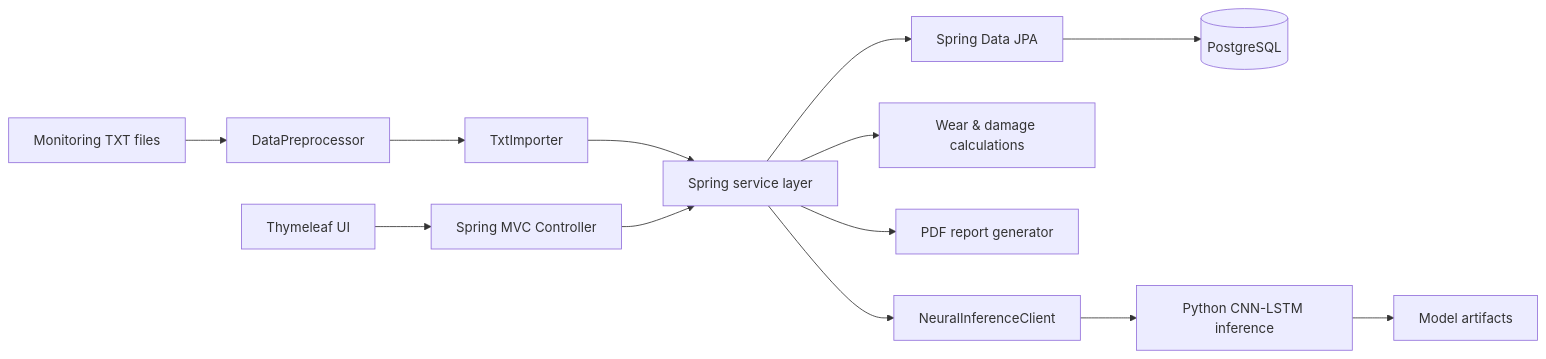
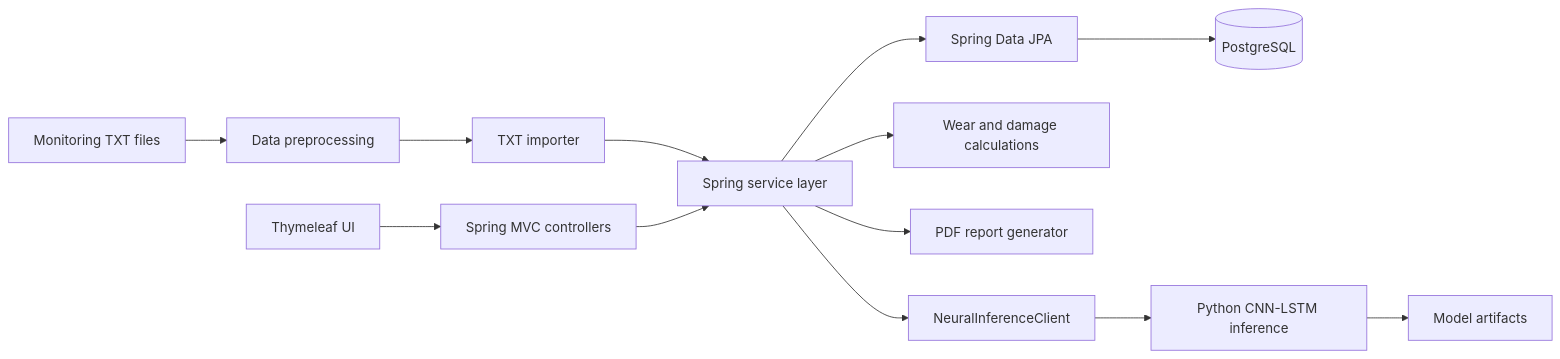
The diagram in README.md (aliipri/crane-monitoring-system), drawn with Mermaid before and after one commit. The commit also changed other lines of this file, not shown here.

````diff
--- a/README.md
+++ b/README.md
@@ -32,17 +81,17 @@
 ```mermaid
 flowchart LR
-    TXT[Monitoring TXT files] --> PRE[DataPreprocessor]
-    PRE --> IMP[TxtImporter]
+    TXT[Monitoring TXT files] --> PRE[Data preprocessing]
+    PRE --> IMP[TXT importer]
     IMP --> SVC[Spring service layer]
     SVC --> JPA[Spring Data JPA]
     JPA --> DB[(PostgreSQL)]
 
-    WEB[Thymeleaf UI] --> MVC[Spring MVC Controller]
+    WEB[Thymeleaf UI] --> MVC[Spring MVC controllers]
     MVC --> SVC
 
-    SVC --> CALC[Wear & damage calculations]
+    SVC --> CALC[Wear and damage calculations]
     SVC --> PDF[PDF report generator]
     SVC --> ML[NeuralInferenceClient]
     ML --> PY[Python CNN-LSTM inference]
     PY --> ART[Model artifacts]
 ```
````
